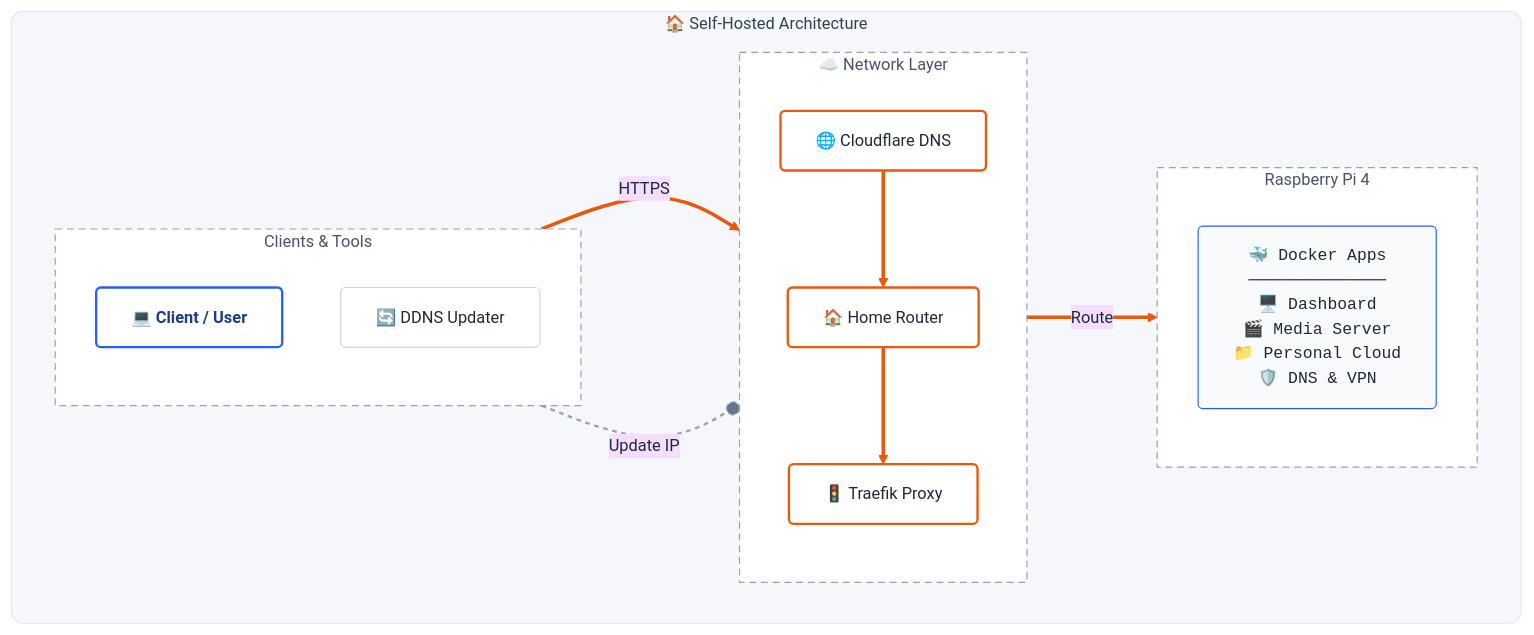
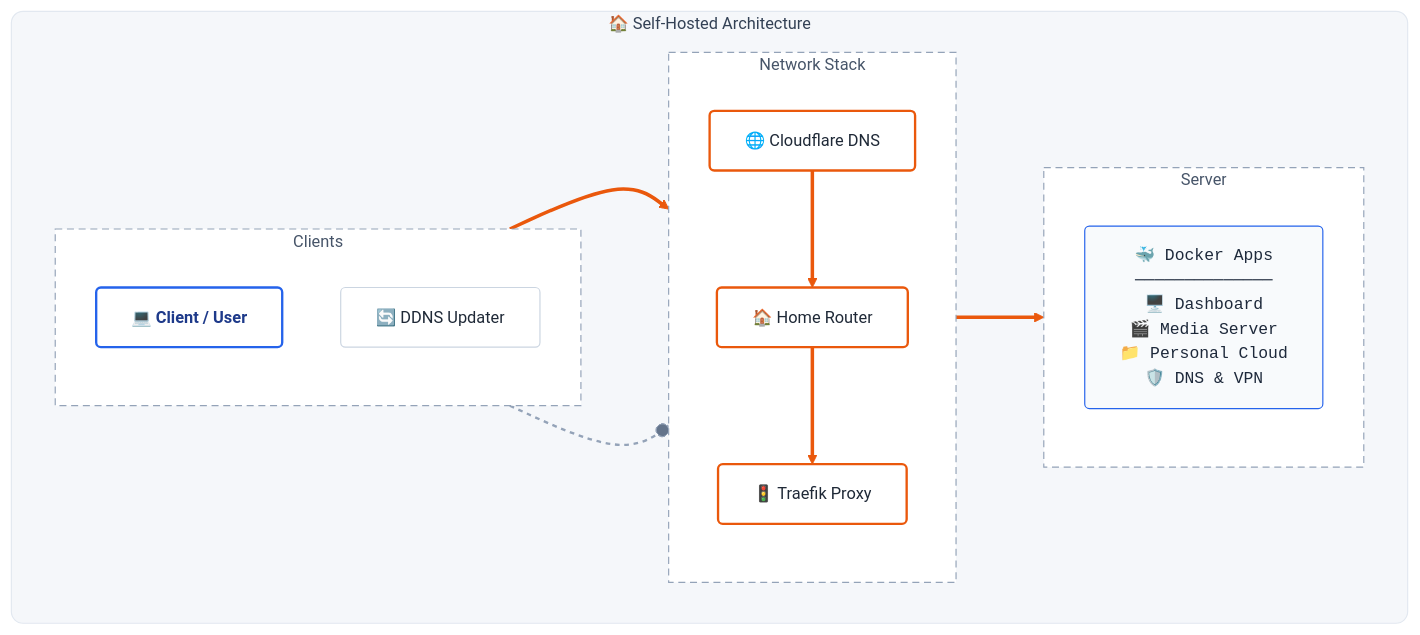
The diagram in README.md (charan-altro/self-host-lab), drawn with Mermaid before and after one commit.

````diff
--- a/README.md
+++ b/README.md
@@ -10,80 +10,75 @@
 ```mermaid
 %%{init: {
   'theme': 'base',
   'themeVariables': {
     'background': '#F5F7FA',
     'primaryTextColor': '#1F2937',
     'lineColor': '#64748B',
     'fontSize': '14px'
   }
 }}%%
-flowchart LR
-    %% --- STYLE DEFINITIONS ---
+flowchart TD
+    %% SWITCHING TO TOP-DOWN (TD) allows precise vertical control
+    %% But we will use "clusters" to fake the horizontal aspect
+    
+    %% --- STYLES ---
     classDef base fill:#FFFFFF,stroke:#CBD5E1,stroke-width:1px,color:#1F2937,rx:4,ry:4,shadow:true
     classDef client fill:#FFFFFF,stroke:#2563EB,stroke-width:2px,color:#1E3A8A,rx:4,ry:4,font-weight:bold,shadow:true
     classDef transit fill:#FFFFFF,stroke:#EA580C,stroke-width:2px,color:#1F2937,rx:4,ry:4,shadow:true
     classDef appStack fill:#F8FAFC,stroke:#2563EB,stroke-width:1px,color:#1E293B,rx:4,ry:4,align:left,font-family:monospace
-
-    %% --- CONTAINER STYLING ---
+    
+    %% Container Styles
     classDef masterZone fill:#F5F7FA,stroke:#E2E8F0,stroke-width:1px,rx:10,ry:10,color:#334155
     classDef innerZone fill:#FFFFFF,stroke:#94A3B8,stroke-width:1px,stroke-dasharray: 6 4,color:#475569
 
-    %% --- DIAGRAM CONTENT ---
-
+    %% --- MAIN CONTAINER ---
     subgraph HomeLab ["🏠 Self-Hosted Architecture"]
+        
+        %% We use invisible links to place USER left of DNS, and SERVER right of TRAEFIK
+        %% But standard Mermaid TD makes this hard.
+        
+        %% Let's try the LR approach one last time with 'subgraph' ordering hacks
         direction LR
 
-        %% 1. LEFT SIDE: User & DDNS
-        subgraph Inputs ["Clients & Tools"]
+        subgraph Inputs [Clients]
             direction TB
             User["💻 Client / User"]:::client
             DDNS["🔄 DDNS Updater"]:::base
         end
 
-        %% 2. MIDDLE: Network Stack (Using YOUR Logic)
-        subgraph Network ["☁️ Network Layer"]
+        subgraph Network [Network Stack]
             direction TB
-            %% Define Nodes
             DNS["🌐 Cloudflare DNS"]:::transit
             Router["🏠 Home Router"]:::transit
             Traefik["🚦 Traefik Proxy"]:::transit
             
-            %% STRICT VERTICAL ARROWS INSIDE THE SUBGRAPH
-            DNS ==> Router ==> Traefik
+            %% Force order
+            DNS --> Router --> Traefik
         end
 
-        %% 3. RIGHT SIDE: Server
-        subgraph Server ["Raspberry Pi 4"]
+        subgraph Server [Server]
             direction TB
             Docker["🐳 Docker Apps
             ──────────────
             🖥️ Dashboard
             🎬 Media Server
             📁 Personal Cloud
             🛡️ DNS & VPN"]:::appStack
         end
     end
 
-    %% --- EXTERNAL CONNECTIONS (Entering and Leaving the Stack) ---
-    
-    %% User enters the Top of the stack
-    User ==>|"HTTPS"| DNS
-    
-    %% Traefik (Bottom of stack) leaves to the Server
-    Traefik ==>|"Route"| Docker
+    %% CONNECTIONS
+    User --> DNS
+    Traefik --> Docker
+    DDNS -.-o DNS
 
-    %% DDNS updates the Top of the stack
-    DDNS -.-o|"Update IP"| DNS
+    %% LINK STYLES
+    linkStyle 0,1 stroke:#EA580C,stroke-width:3px
+    linkStyle 2 stroke:#EA580C,stroke-width:3px
+    linkStyle 3 stroke:#EA580C,stroke-width:3px
+    linkStyle 4 stroke:#94A3B8,stroke-width:2px,stroke-dasharray: 4 4
 
-    %% --- APPLY STYLES ---
+    %% APPLY STYLES
     class HomeLab masterZone
     class Inputs,Network,Server innerZone
-
-    %% Link Styling
-    %% 0 & 1 are the Vertical Links (DNS->Router->Traefik)
-    linkStyle 0,1 stroke:#EA580C,stroke-width:3px,fill:none
-    %% 2 & 3 are the External Links (User->DNS, Traefik->Docker)
-    linkStyle 2,3 stroke:#EA580C,stroke-width:3px,fill:none
-    %% 4 is DDNS
-    linkStyle 4 stroke:#94A3B8,stroke-width:2px,stroke-dasharray: 4 4
 ```
````
